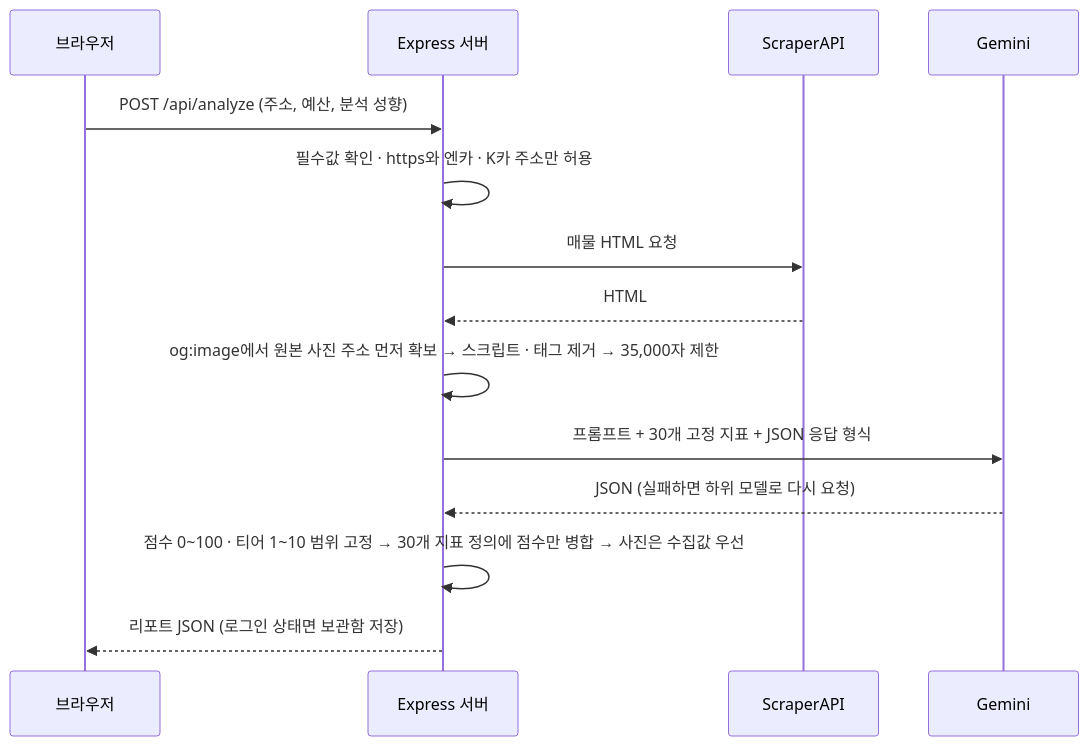
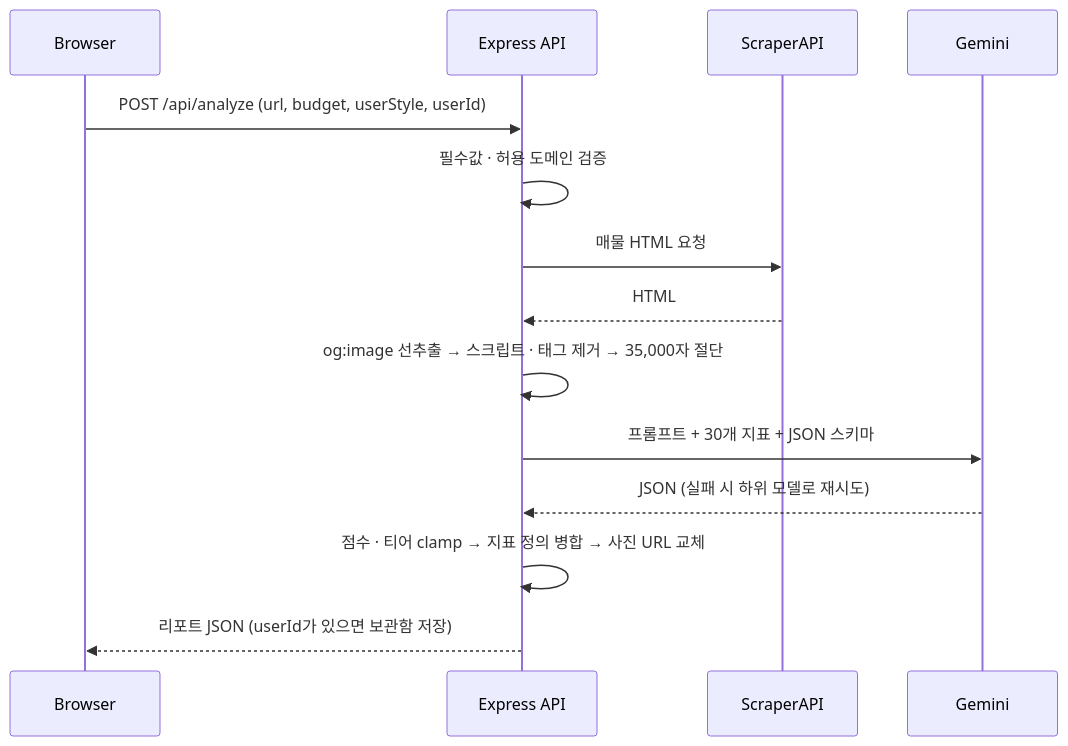
The second of 2 diagrams in README.md (yuhiove2425-alt/quant-automotive-lab), drawn with Mermaid before and after one commit. The commit also changed other lines of this file, not shown here.

Commit message:
README를 개발 문서 형식으로 정리 — API 레퍼런스 · 데이터 모델 · 설계 결정 · 로드맵

````diff
--- a/README.md
+++ b/README.md
@@ -110,16 +122,16 @@
 ```mermaid
 sequenceDiagram
-    participant B as 브라우저
-    participant S as Express 서버
+    participant B as Browser
+    participant S as Express API
     participant SC as ScraperAPI
     participant G as Gemini
-    B->>S: POST /api/analyze (주소, 예산, 분석 성향)
-    S->>S: 필수값 확인 · https와 엔카 · K카 주소만 허용
+    B->>S: POST /api/analyze (url, budget, userStyle, userId)
+    S->>S: 필수값 · 허용 도메인 검증
     S->>SC: 매물 HTML 요청
     SC-->>S: HTML
-    S->>S: og:image에서 원본 사진 주소 먼저 확보 → 스크립트 · 태그 제거 → 35,000자 제한
-    S->>G: 프롬프트 + 30개 고정 지표 + JSON 응답 형식
-    G-->>S: JSON (실패하면 하위 모델로 다시 요청)
-    S->>S: 점수 0~100 · 티어 1~10 범위 고정 → 30개 지표 정의에 점수만 병합 → 사진은 수집값 우선
-    S-->>B: 리포트 JSON (로그인 상태면 보관함 저장)
+    S->>S: og:image 선추출 → 스크립트 · 태그 제거 → 35,000자 절단
+    S->>G: 프롬프트 + 30개 지표 + JSON 스키마
+    G-->>S: JSON (실패 시 하위 모델로 재시도)
+    S->>S: 점수 · 티어 clamp → 지표 정의 병합 → 사진 URL 교체
+    S-->>B: 리포트 JSON (userId가 있으면 보관함 저장)
 ```
````
